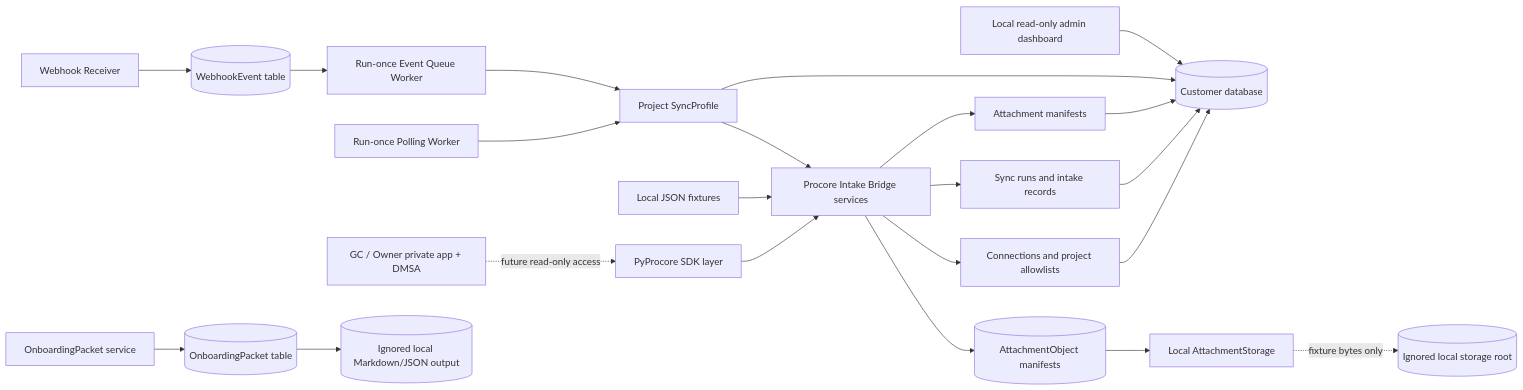
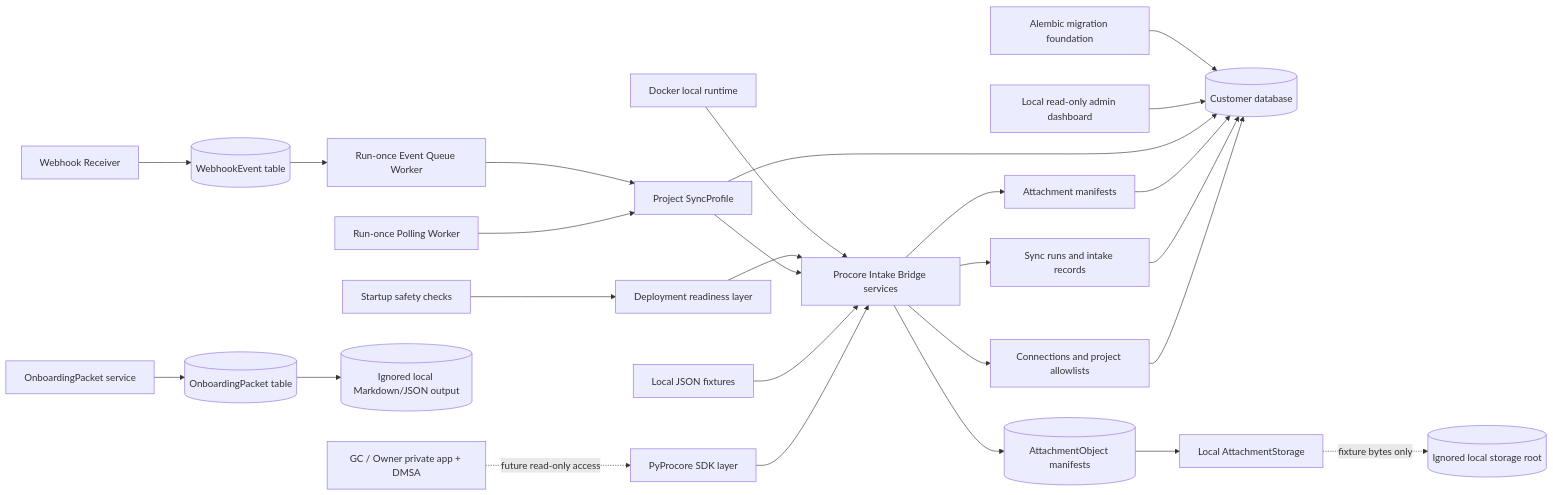
Before and after one commit to vibhanshu-mishra/procore-intake-bridge: the diagram in docs/architecture.md, drawn with Mermaid. The commit also changed other lines of this file and 25 other files, not shown here.

Commit message:
Add deployment hardening checks

````diff
--- a/docs/architecture.md
+++ b/docs/architecture.md
@@ -5,24 +5,28 @@
 ```mermaid
 flowchart LR
     A["GC / Owner private app + DMSA"] -. "future read-only access" .-> B["PyProcore SDK layer"]
     B --> C["Procore Intake Bridge services"]
     C --> D["Connections and project allowlists"]
     C --> E["Sync runs and intake records"]
     C --> F["Attachment manifests"]
     D --> G[("Customer database")]
     E --> G
     F --> G
     H["Local JSON fixtures"] --> C
     I["Run-once Polling Worker"] --> J["Project SyncProfile"]
     J --> C
     J --> G
     K["Webhook Receiver"] --> L[("WebhookEvent table")]
     L --> M["Run-once Event Queue Worker"]
     M --> J
     C --> N[("AttachmentObject manifests")]
     N --> O["Local AttachmentStorage"]
     O -. "fixture bytes only" .-> P[("Ignored local storage root")]
     Q["OnboardingPacket service"] --> R[("OnboardingPacket table")]
     R --> S[("Ignored local Markdown/JSON output")]
     T["Local read-only admin dashboard"] --> G
+    U["Startup safety checks"] --> V["Deployment readiness layer"]
+    V --> C
+    W["Alembic migration foundation"] --> G
+    X["Docker local runtime"] --> C
 ```
````
